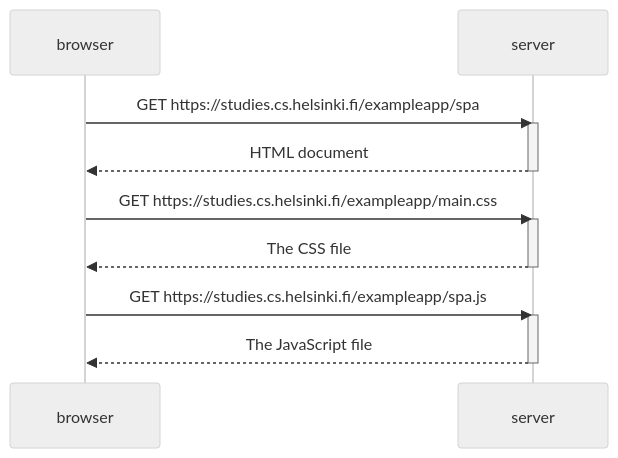
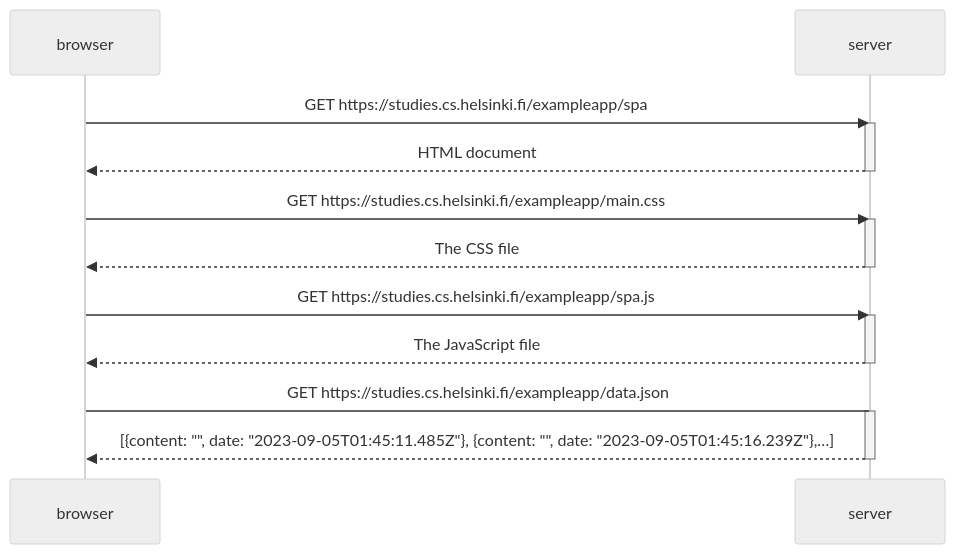
Before and after one commit to robynainsley21/fullstack-open: the diagram in Exercise 0.5 (Single page app diagram).md, drawn with Mermaid (neutral theme). The commit also changed 3 other files, not shown here.

````diff
--- a/Exercise 0.5 (Single page app diagram).md
+++ b/Exercise 0.5 (Single page app diagram).md
@@ -1,20 +1,25 @@
 ```mermaid
 sequenceDiagram
     participant browser
     participant server
 
     browser->>server: GET https://studies.cs.helsinki.fi/exampleapp/spa
     activate server 
     server-->>browser: HTML document
     deactivate server 
 
     browser->>server: GET https://studies.cs.helsinki.fi/exampleapp/main.css
     activate server
     server-->>browser: The CSS file
     deactivate server
 
     browser->>server: GET https://studies.cs.helsinki.fi/exampleapp/spa.js
     activate server
     server-->>browser: The JavaScript file
     deactivate server
+
+    browser->server: GET https://studies.cs.helsinki.fi/exampleapp/data.json
+    activate server
+    server-->>browser: [{content: "", date: "2023-09-05T01:45:11.485Z"}, {content: "", date: "2023-09-05T01:45:16.239Z"},…]
+    deactivate server
 ```
````
